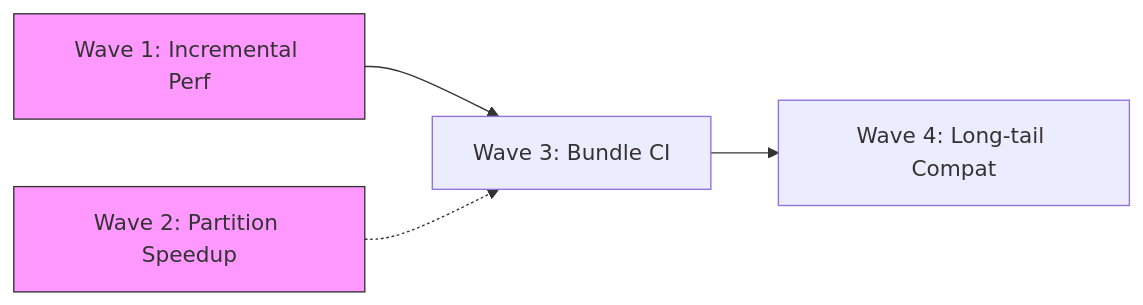
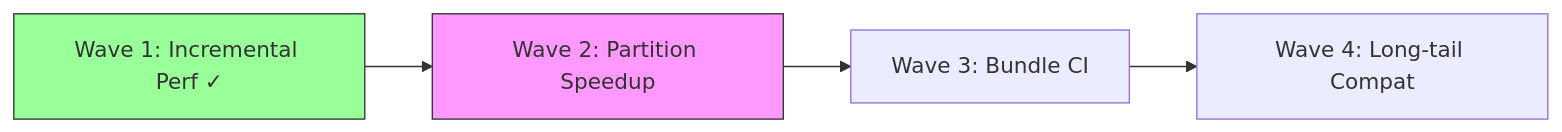
The diagram in docs/planning_report.md (RK0429/ferritex), drawn with Mermaid before and after one commit. The commit also changed other lines of this file and 5 other files, not shown here.

Commit message:
test(incremental): add wave1 evidence

````diff
--- a/docs/planning_report.md
+++ b/docs/planning_report.md
@@ -102,8 +103,8 @@
 ```mermaid
 graph LR
-    W1[Wave 1: Incremental Perf] --> W3[Wave 3: Bundle CI]
-    W2[Wave 2: Partition Speedup] -.-> W3
+    W1[Wave 1: Incremental Perf ✓] --> W2[Wave 2: Partition Speedup]
+    W2 --> W3[Wave 3: Bundle CI]
     W3 --> W4[Wave 4: Long-tail Compat]
-    style W1 fill:#f9f,stroke:#333
+    style W1 fill:#9f9,stroke:#333
     style W2 fill:#f9f,stroke:#333
 ```
````
